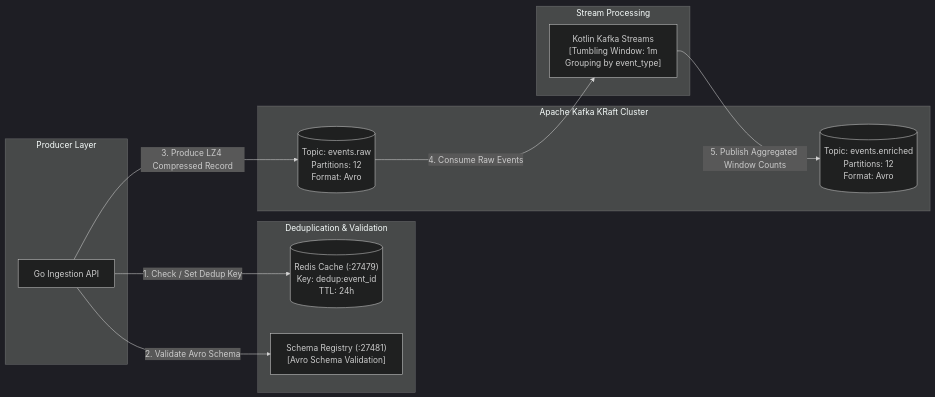
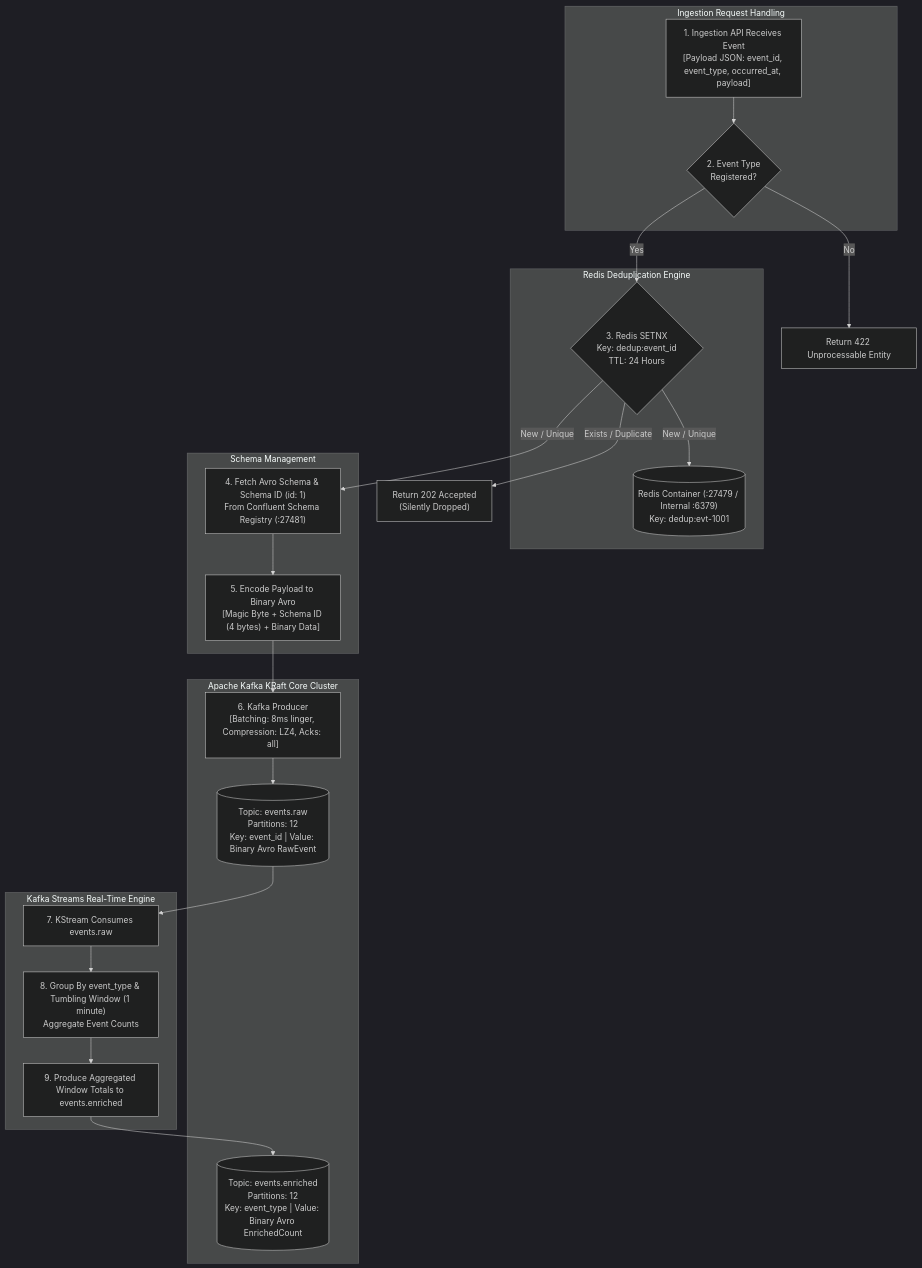
The second of 4 diagrams in README.md (Chief-Strategist-J/messaging-pipeline), drawn with Mermaid (dark theme) before and after one commit. The commit also changed other lines of this file and 2 other files, not shown here.

Commit message:
docs: separate README into dedicated detailed sections for Network, Messaging, and Storage pipelines with sequence diagram

````diff
--- a/README.md
+++ b/README.md
@@ -42,26 +82,40 @@
 ```mermaid
-flowchart LR
-    subgraph Producer Layer
-        API["Go Ingestion API"]
+flowchart TD
+    subgraph Ingestion Request Handling
+        API_RECV["1. Ingestion API Receives Event\n[Payload JSON: event_id, event_type, occurred_at, payload]"]
+        EVENT_TYPE_CHECK{"2. Event Type\nRegistered?"}
     end
 
-    subgraph Deduplication & Validation
-        REDIS[("Redis Cache (:27479)\nKey: dedup:event_id\nTTL: 24h")]
-        SCHEMA["Schema Registry (:27481)\n[Avro Schema Validation]"]
+    subgraph Redis Deduplication Engine
+        REDIS_CHECK{"3. Redis SETNX\nKey: dedup:event_id\nTTL: 24 Hours"}
+        REDIS_CACHE[("Redis Container (:27479 / Internal :6379)\nKey: dedup:evt-1001")]
     end
 
-    subgraph Streaming Core [Apache Kafka KRaft Cluster]
-        RAW_TOPIC[("Topic: events.raw\nPartitions: 12\nFormat: Avro")]
-        ENRICHED_TOPIC[("Topic: events.enriched\nPartitions: 12\nFormat: Avro")]
+    subgraph Schema Management
+        SCHEMA_FETCH["4. Fetch Avro Schema & Schema ID (id: 1)\nFrom Confluent Schema Registry (:27481)"]
+        AVRO_ENCODE["5. Encode Payload to Binary Avro\n[Magic Byte + Schema ID (4 bytes) + Binary Data]"]
     end
 
-    subgraph Stream Processing
-        STREAMS["Kotlin Kafka Streams\n[Tumbling Window: 1m\nGrouping by event_type]"]
+    subgraph Apache Kafka KRaft Core Cluster
+        KAFKA_PRODUCER["6. Kafka Producer\n[Batching: 8ms linger, Compression: LZ4, Acks: all]"]
+        RAW_TOPIC[("Topic: events.raw\nPartitions: 12\nKey: event_id | Value: Binary Avro RawEvent")]
+        ENRICHED_TOPIC[("Topic: events.enriched\nPartitions: 12\nKey: event_type | Value: Binary Avro EnrichedCount")]
     end
 
-    API -->|1. Check / Set Dedup Key| REDIS
-    API -->|2. Validate Avro Schema| SCHEMA
-    API -->|3. Produce LZ4 Compressed Record| RAW_TOPIC
-    RAW_TOPIC -->|4. Consume Raw Events| STREAMS
-    STREAMS -->|5. Publish Aggregated Window Counts| ENRICHED_TOPIC
+    subgraph Kafka Streams Real-Time Engine
+        KSTREAM_CONSUME["7. KStream Consumes events.raw"]
+        WINDOW_AGG["8. Group By event_type & Tumbling Window (1 minute)\nAggregate Event Counts"]
+        KSTREAM_PRODUCE["9. Produce Aggregated Window Totals to events.enriched"]
+    end
+
+    API_RECV --> EVENT_TYPE_CHECK
+    EVENT_TYPE_CHECK -->|No| REJECT_422["Return 422 Unprocessable Entity"]
+    EVENT_TYPE_CHECK -->|Yes| REDIS_CHECK
+    
+    REDIS_CHECK -->|Exists / Duplicate| DUPLICATE_202["Return 202 Accepted\n(Silently Dropped)"]
+    REDIS_CHECK -->|New / Unique| REDIS_CACHE
+    REDIS_CHECK -->|New / Unique| SCHEMA_FETCH
+    
+    SCHEMA_FETCH --> AVRO_ENCODE --> KAFKA_PRODUCER --> RAW_TOPIC
+    RAW_TOPIC --> KSTREAM_CONSUME --> WINDOW_AGG --> KSTREAM_PRODUCE --> ENRICHED_TOPIC
 ```
````
